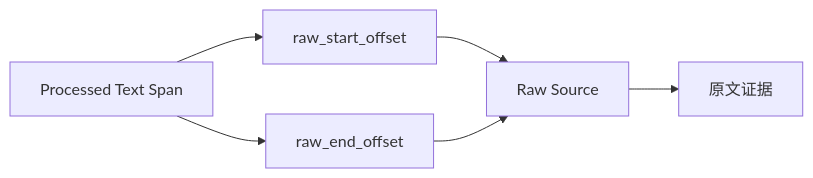
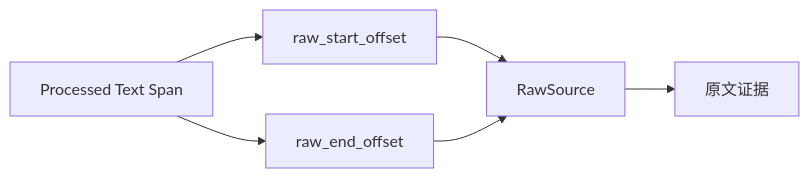
The third of 5 diagrams in goals/16-source-normalization.md (FrankQDWang/sextantlabs), drawn with Mermaid before and after one commit. The commit also changed other lines of this file, not shown here.

Commit message:
Unify source normalization enums

````diff
--- a/goals/16-source-normalization.md
+++ b/goals/16-source-normalization.md
@@ -139,8 +163,8 @@
 ```mermaid
 flowchart LR
     A[Processed Text Span] --> B[raw_start_offset]
     A --> C[raw_end_offset]
-    B --> D[Raw Source]
+    B --> D[RawSource]
     C --> D
     D --> E[原文证据]
 ```
````
